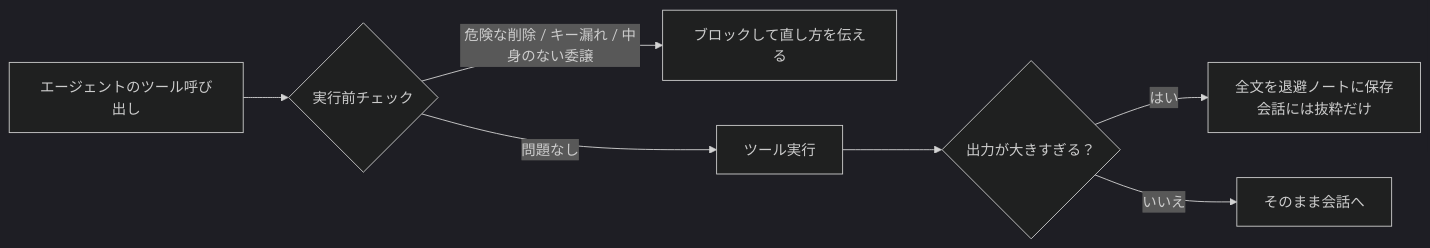
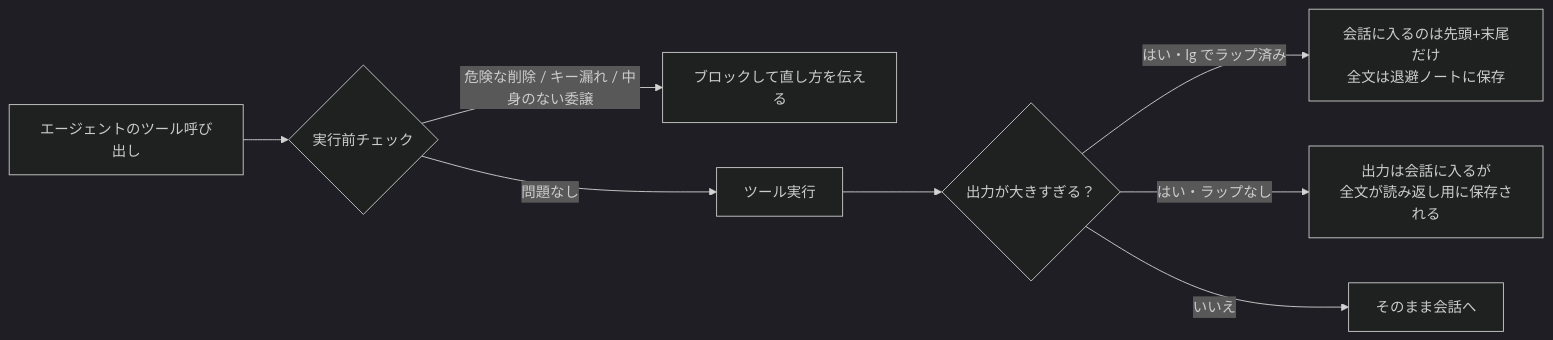
Before and after one commit to caty-ai/context-kit: the diagram in README.ja.md, drawn with Mermaid (dark theme). The commit also changed other lines of this file and 7 other files, not shown here.

````diff
--- a/README.ja.md
+++ b/README.ja.md
@@ -57,9 +57,10 @@
 ```mermaid
 flowchart LR
     A[エージェントのツール呼び出し] --> B{実行前チェック}
     B -->|危険な削除 / キー漏れ / 中身のない委譲| X[ブロックして直し方を伝える]
     B -->|問題なし| C[ツール実行]
     C --> D{出力が大きすぎる？}
-    D -->|はい| E[全文を退避ノートに保存<br>会話には抜粋だけ]
+    D -->|はい・lg でラップ済み| E[会話に入るのは先頭+末尾だけ<br>全文は退避ノートに保存]
+    D -->|はい・ラップなし| G[出力は会話に入るが<br>全文が読み返し用に保存される]
     D -->|いいえ| F[そのまま会話へ]
 ```
````
